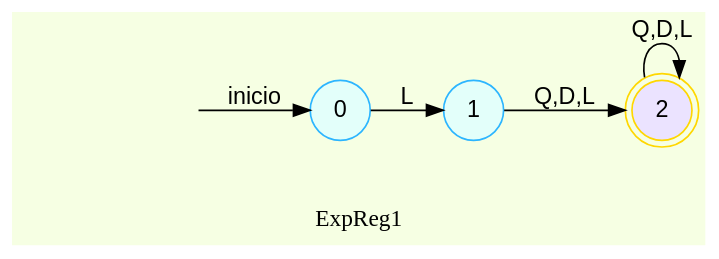
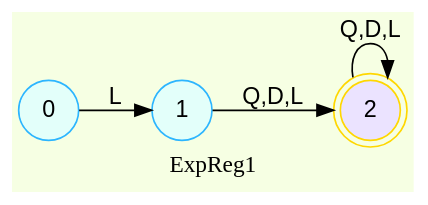
One commit to SergieArizandieta/OLC1-P1-202000119 changed the diagram in AFD_202000119/ExpReg1.dot. Above: the diagram before and after it, drawn with Graphviz. The commit also changed 16 other files, not shown here.

```diff
--- a/AFD_202000119/ExpReg1.dot
+++ b/AFD_202000119/ExpReg1.dot
@@ -1,15 +1,13 @@
 digraph finite_state_machine {
 	bgcolor = "#F6FFE3"
 	node [fontname="Helvetica,Arial,sans-serif" ]
 	edge [fontname="Helvetica,Arial,sans-serif"]
 	rankdir=LR;
 	node [shape = doublecircle, color = gold fillcolor="#EBE3FF" style =filled];
 2;
 	node [shape = circle, color = "#2CB5FF" fillcolor="#E3FFFA" style =filled];
 
-	flechainicio [style=invis];
-	flechainicio -> 0 [label="inicio"];
 0->1[label = "L"];
 1->2[label = "Q,D,L"];
 2->2[label = "Q,D,L"];
 label= ExpReg1}
```
